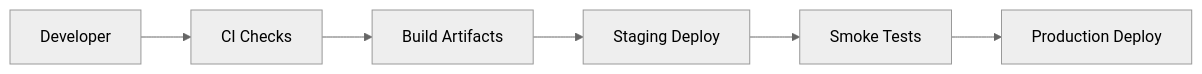
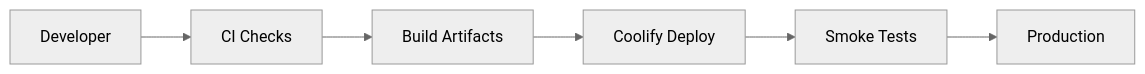
One commit to emttspk/dawaisaver.pk changed the diagram in docs/DEPLOYMENT_ARCHITECTURE.md. Above: the diagram before and after it, drawn with Mermaid (neutral theme). The commit also changed other lines of this file and 19 other files, not shown here.

````diff
--- a/docs/DEPLOYMENT_ARCHITECTURE.md
+++ b/docs/DEPLOYMENT_ARCHITECTURE.md
@@ -67,8 +62,8 @@
 ```mermaid
 flowchart LR
   Dev[Developer] --> CI[CI Checks]
   CI --> Build[Build Artifacts]
-  Build --> Staging[Staging Deploy]
-  Staging --> Smoke[Smoke Tests]
-  Smoke --> Prod[Production Deploy]
+  Build --> Coolify[Coolify Deploy]
+  Coolify --> Smoke[Smoke Tests]
+  Smoke --> Prod[Production]
 ```
````
